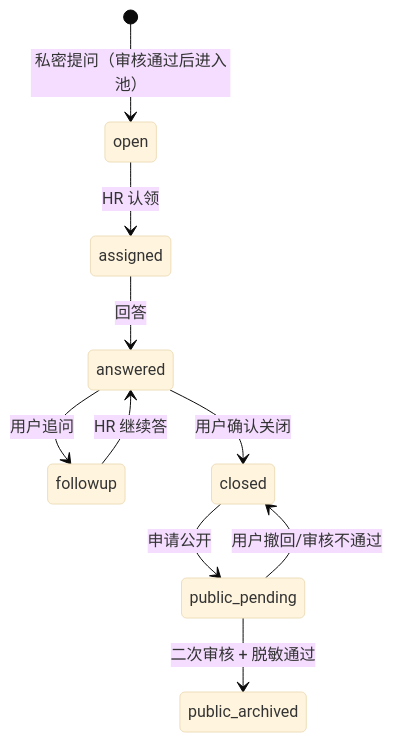
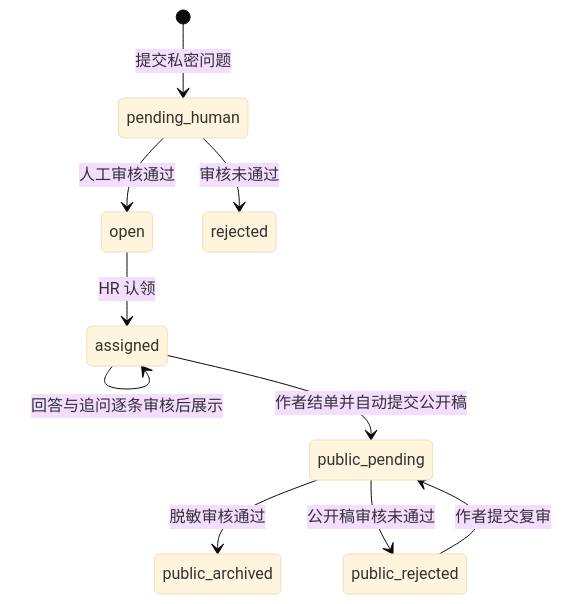
One commit to Clover1218/CareerQ changed the fourth of 4 diagrams in docs/技术方案-职问桥.md. Above: the diagram before and after it, drawn with Mermaid (base theme). The commit also changed other lines of this file and 40 other files, not shown here.

````diff
--- a/docs/技术方案-职问桥.md
+++ b/docs/技术方案-职问桥.md
@@ -140,12 +140,12 @@
 ```mermaid
 stateDiagram-v2
-    [*] --> open: 私密提问（审核通过后进入池）
+    [*] --> pending_human: 提交私密问题
+    pending_human --> open: 人工审核通过
+    pending_human --> rejected: 审核未通过
     open --> assigned: HR 认领
-    assigned --> answered: 回答
-    answered --> followup: 用户追问
-    followup --> answered: HR 继续答
-    answered --> closed: 用户确认关闭
-    closed --> public_pending: 申请公开
-    public_pending --> public_archived: 二次审核 + 脱敏通过
-    public_pending --> closed: 用户撤回/审核不通过
+    assigned --> assigned: 回答与追问逐条审核后展示
+    assigned --> public_pending: 作者结单并自动提交公开稿
+    public_pending --> public_archived: 脱敏审核通过
+    public_pending --> public_rejected: 公开稿审核未通过
+    public_rejected --> public_pending: 作者提交复审
 ```
````
